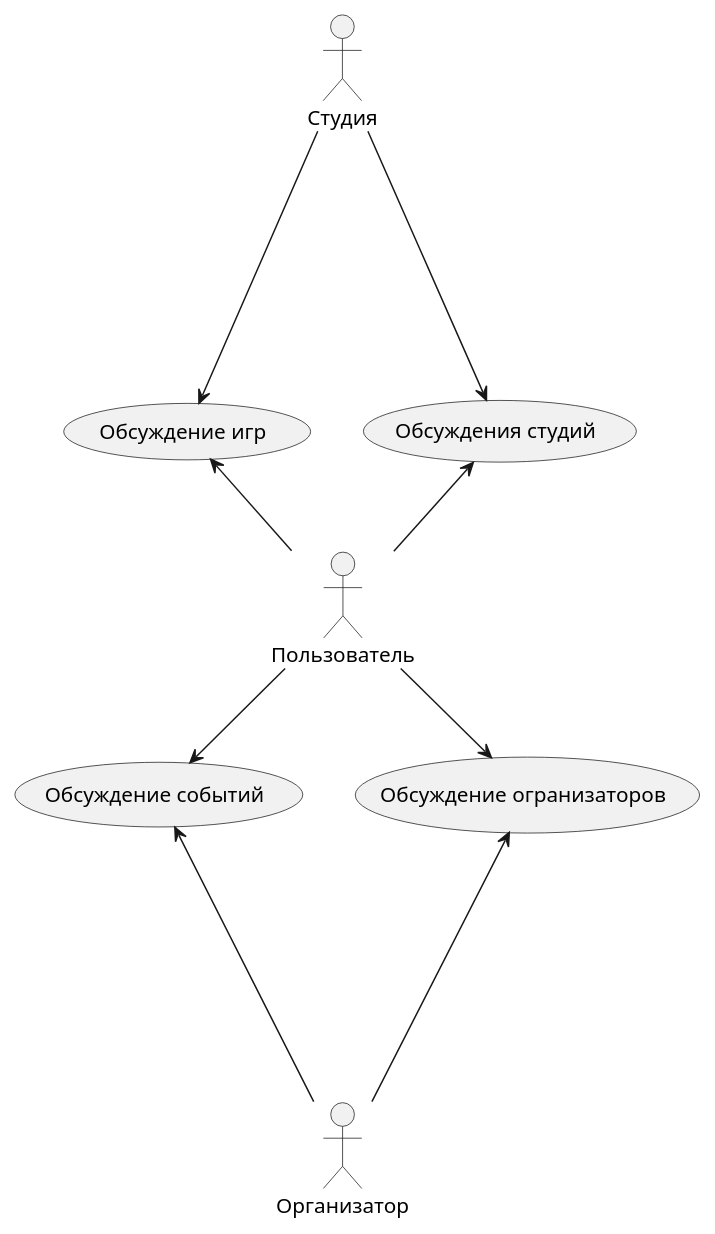
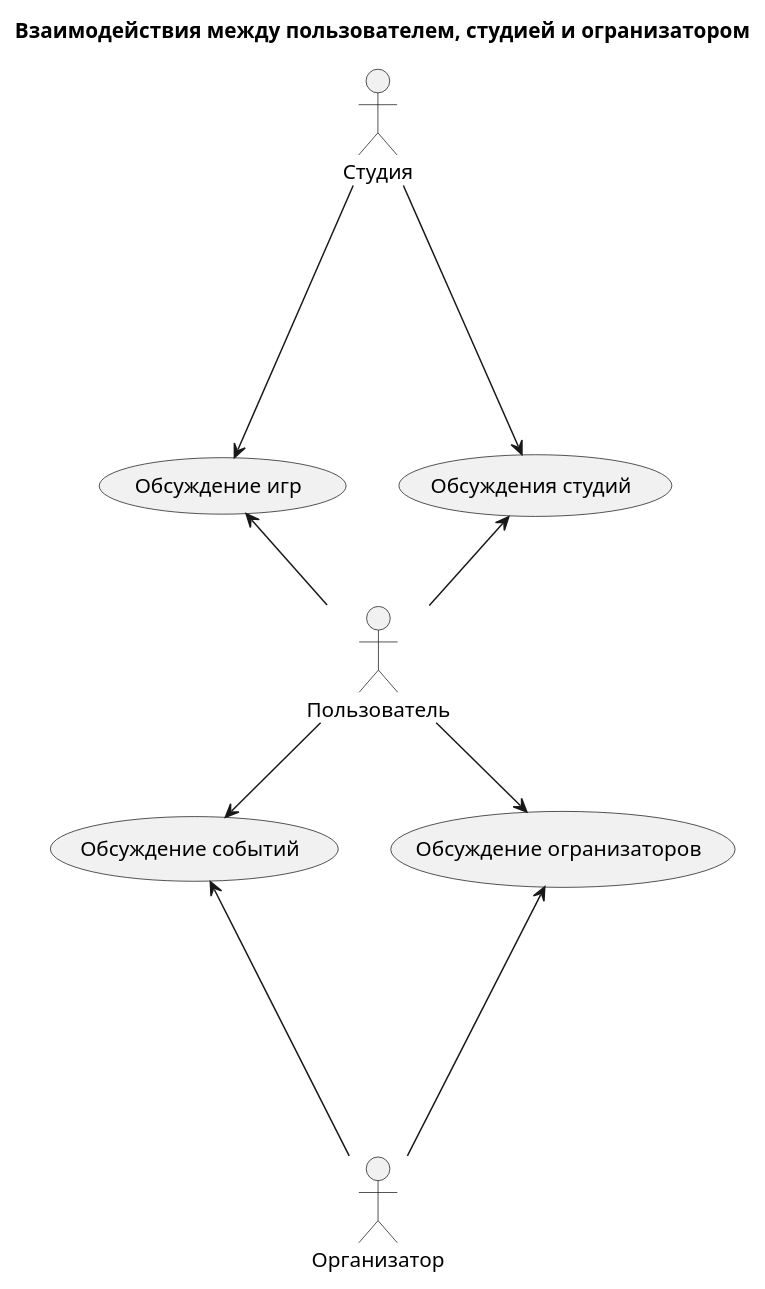
Before and after one commit to TrondinDS/SNGGame: the diagram in doc/usecases/abstract_user_studio_organizer_interaction.plantuml, drawn with PlantUML. The commit also changed 2 other files, not shown here.

Commit message:
add detailed user usecase diagram

```diff
--- a/doc/usecases/abstract_user_studio_organizer_interaction.plantuml
+++ b/doc/usecases/abstract_user_studio_organizer_interaction.plantuml
@@ -1,23 +1,25 @@
 @startuml
+
+title "Взаимодействия между пользователем, студией и огранизатором"
 
 :Пользователь: as user
 :Студия: as studio
 :Организатор: as organizer
 
 usecase "Обсуждения студий" as studio_topics
 usecase "Обсуждение игр" as game_topics
 usecase "Обсуждение огранизаторов" as organizer_topics
 usecase "Обсуждение событий" as event_topics
 
 user -up-> studio_topics
 user -up-> game_topics
 user -down-> organizer_topics
 user -down-> event_topics
 
 studio -down---> studio_topics
 studio -down---> game_topics
 
 organizer -up---> organizer_topics
 organizer -up---> event_topics
 
 @enduml
```
